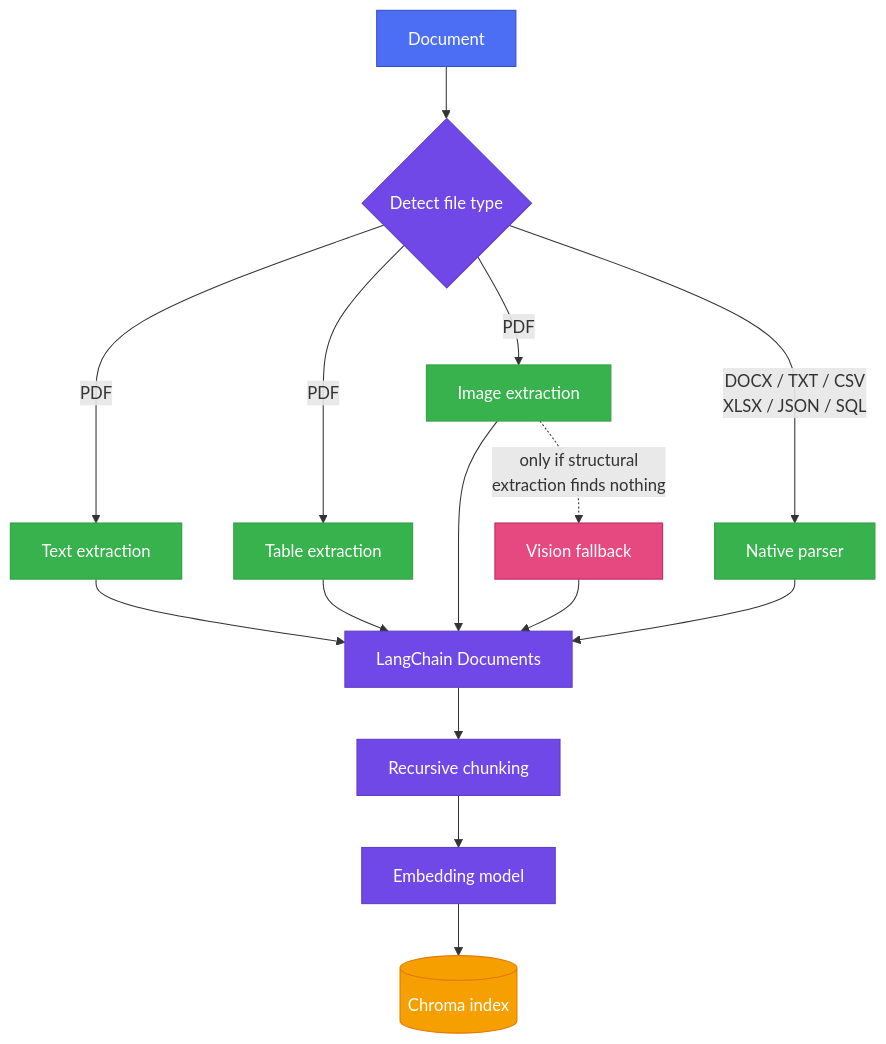
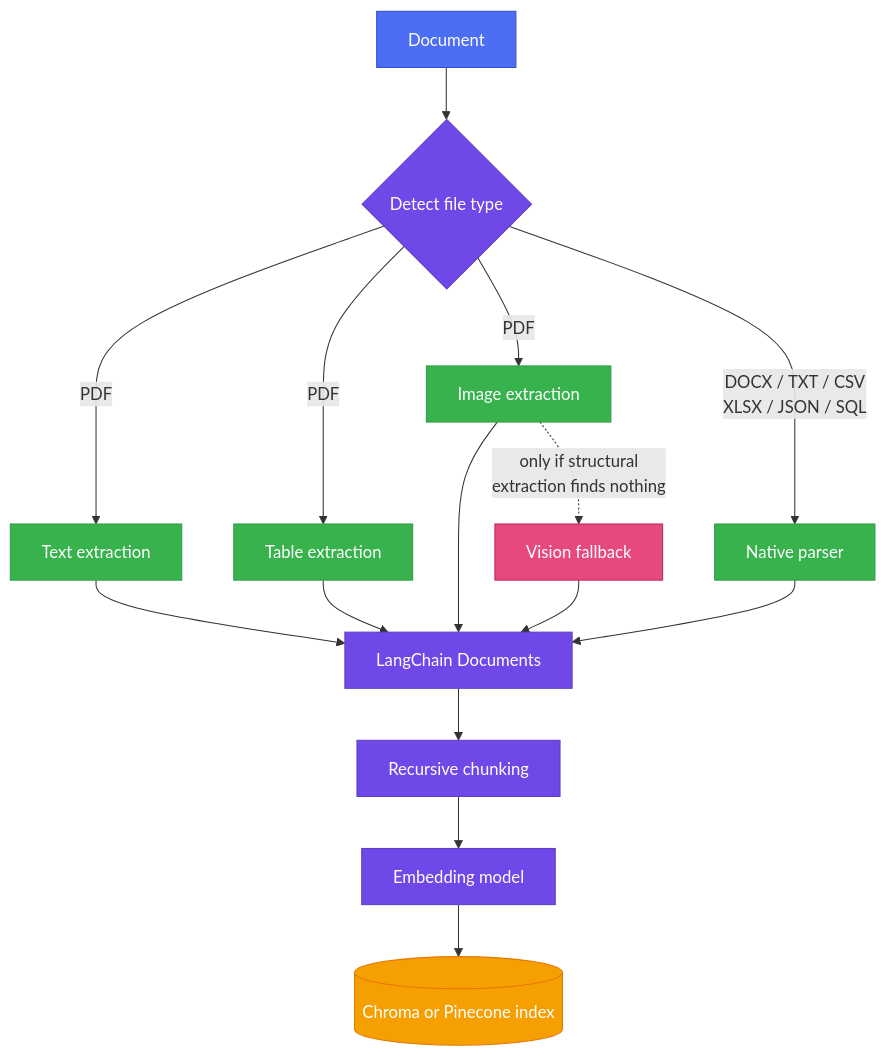
Before and after one commit to Narang-Garima/document-portal: the second of 4 diagrams in README.md, drawn with Mermaid. The commit also changed other lines of this file and 30 other files, not shown here.

````diff
--- a/README.md
+++ b/README.md
@@ -63,34 +67,34 @@
 ```mermaid
 flowchart TD
     A[Document] --> B{Detect file type}
 
     B -->|PDF| C[Text extraction]
     B -->|PDF| D[Table extraction]
     B -->|PDF| E[Image extraction]
     E -.->|only if structural<br/>extraction finds nothing| F[Vision fallback]
 
     B -->|DOCX / TXT / CSV<br/>XLSX / JSON / SQL| G[Native parser]
 
     C --> H[LangChain Documents]
     D --> H
     E --> H
     F --> H
     G --> H
 
     H --> I[Recursive chunking]
     I --> J[Embedding model]
-    J --> K[(Chroma index)]
+    J --> K[(Chroma or Pinecone index)]
 
     classDef entry fill:#4C6EF5,stroke:#364FC7,color:#fff
     classDef structural fill:#37B24D,stroke:#2F9E44,color:#fff
     classDef fallback fill:#E64980,stroke:#C2255C,color:#fff
     classDef process fill:#7048E8,stroke:#5F3DC4,color:#fff
     classDef storage fill:#F59F00,stroke:#E67700,color:#fff
 
     class A entry
     class B process
     class C,D,E,G structural
     class F fallback
     class H,I,J process
     class K storage
 ```
````
